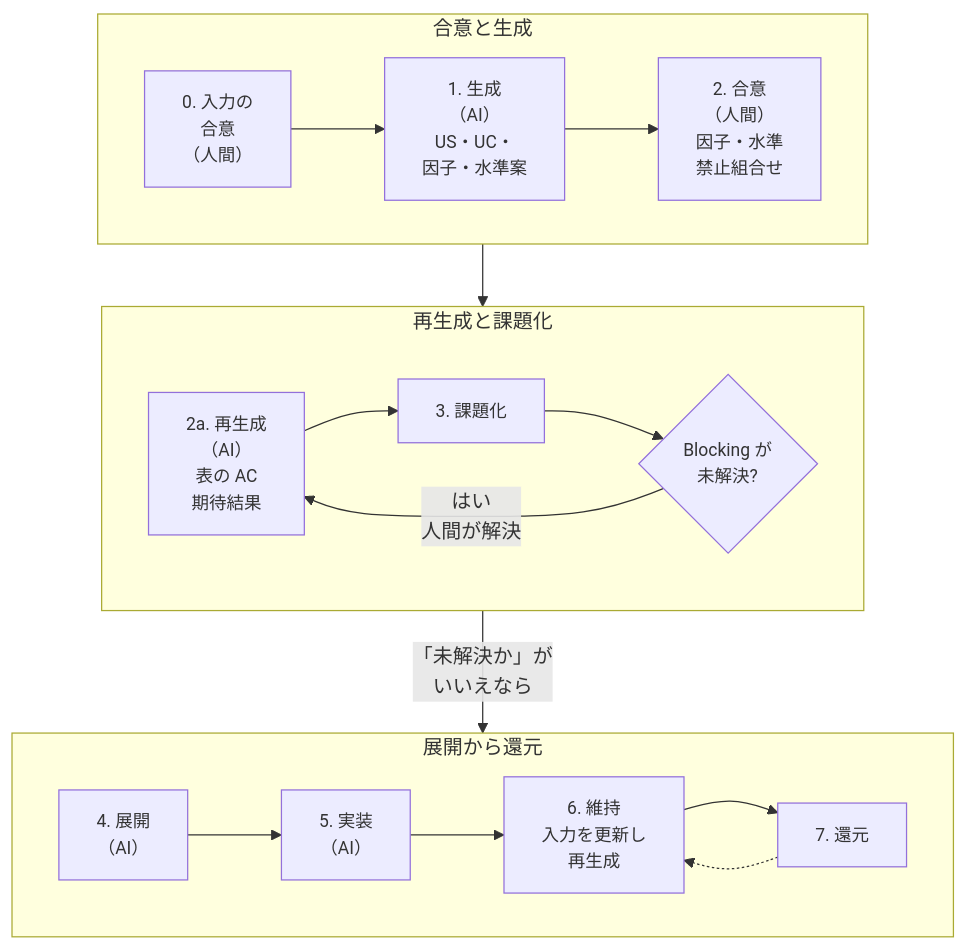
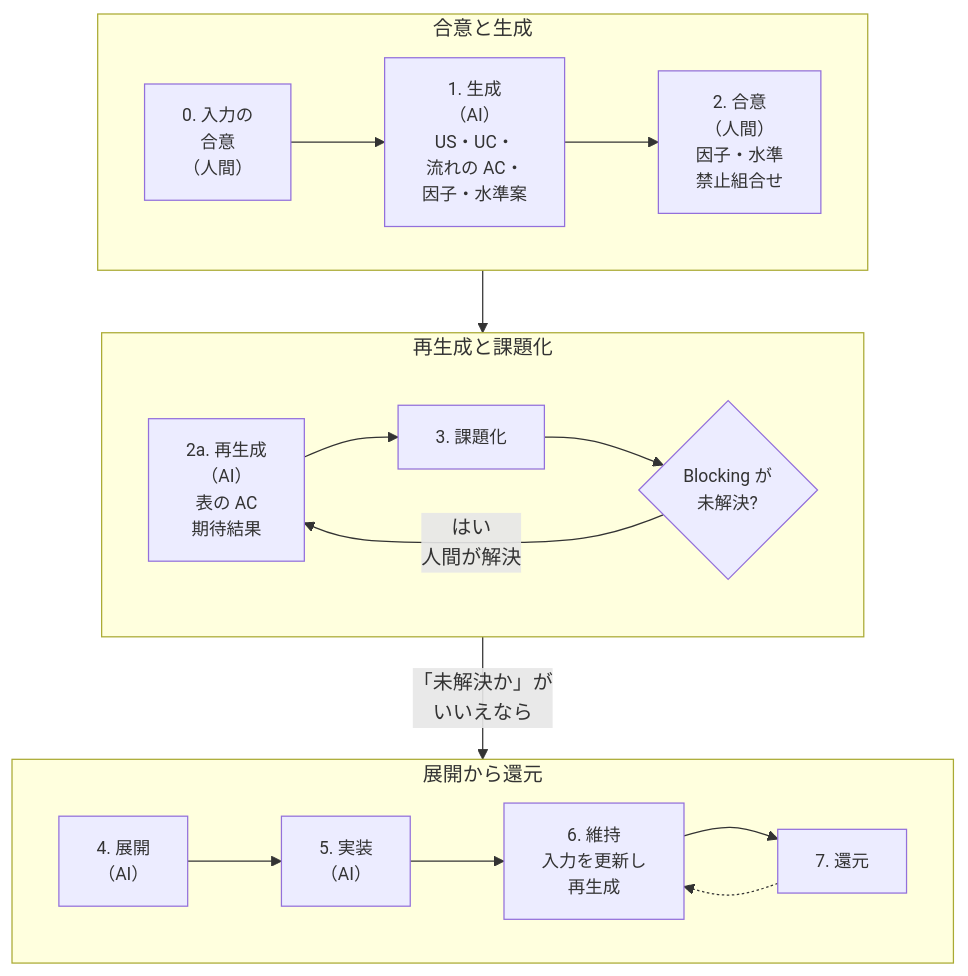
The diagram in docs/testing/03-2-generation-flow.md (toshio-shiratori/harness-test-strategy), drawn with Mermaid before and after one commit. The commit also changed other lines of this file and 15 other files, not shown here.

````diff
--- a/docs/testing/03-2-generation-flow.md
+++ b/docs/testing/03-2-generation-flow.md
@@ -37,30 +39,30 @@
 ```mermaid
 flowchart TB
   classDef default font-size:14px
   subgraph A["合意と生成"]
     direction LR
     S0["0. 入力の<br/>合意<br/>（人間）"]
-    S1["1. 生成<br/>（AI）<br/>US・UC・<br/>因子・水準案"]
+    S1["1. 生成<br/>（AI）<br/>US・UC・<br/>流れの AC・<br/>因子・水準案"]
     S2["2. 合意<br/>（人間）<br/>因子・水準<br/>禁止組合せ"]
     S0 --> S1 --> S2
   end
   subgraph B["再生成と課題化"]
     direction LR
     S2a["2a. 再生成<br/>（AI）<br/>表の AC<br/>期待結果"]
     S3["3. 課題化"]
     G{"Blocking が<br/>未解決?"}
     S2a --> S3 --> G
     G -- "はい<br/>人間が解決" --> S2a
   end
   subgraph C["展開から還元"]
     direction LR
     S4["4. 展開<br/>（AI）"]
     S5["5. 実装<br/>（AI）"]
     S6["6. 維持<br/>入力を更新し<br/>再生成"]
     S7["7. 還元"]
     S4 --> S5 --> S6 --> S7
     S7 -.-> S6
   end
   A --> B
   B -- "「未解決か」が<br/>いいえなら" --> C
 ```
````
